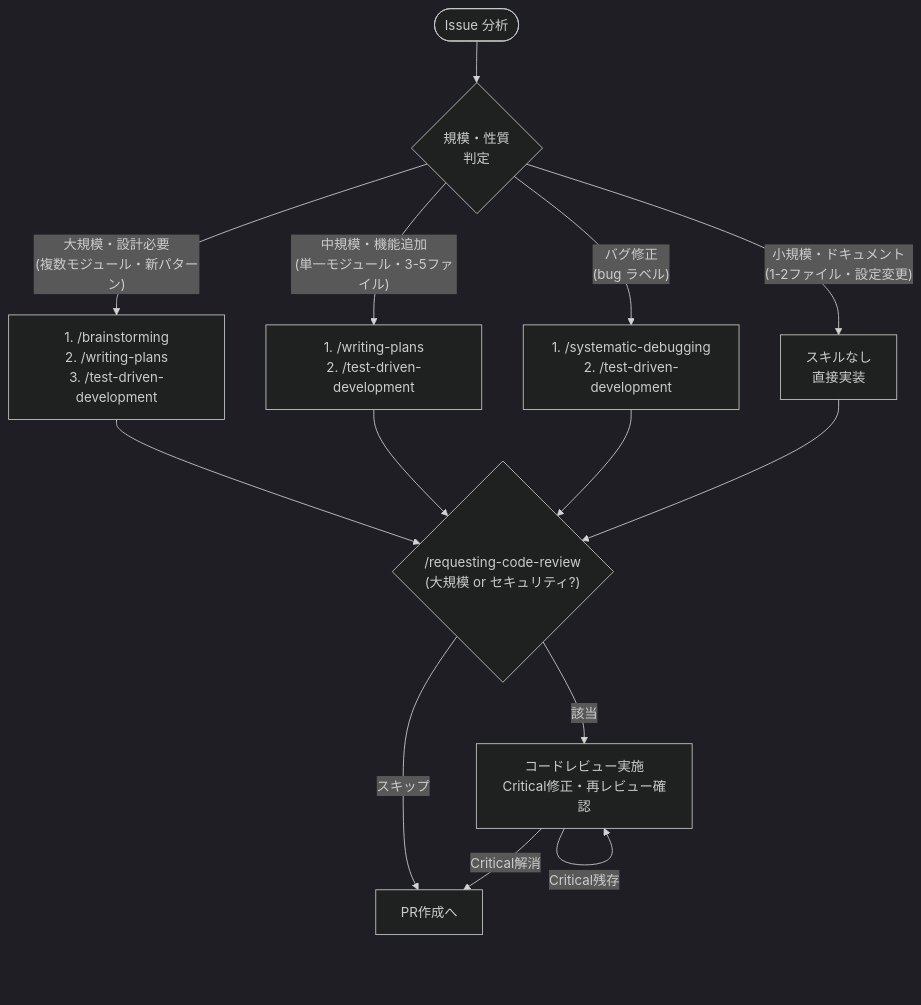
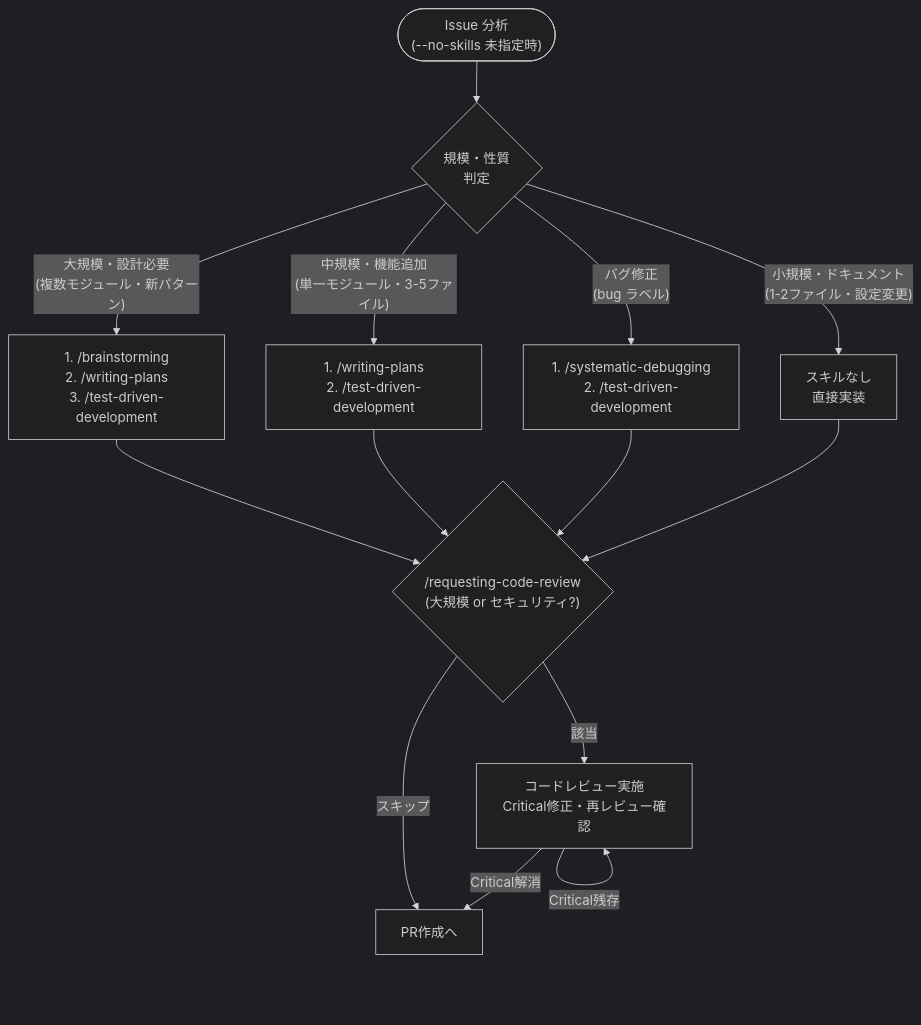
Before and after one commit to KdavisO/claude-project-template: the seventh of 9 diagrams in docs/command-orchestration.md, drawn with Mermaid (dark theme). The commit also changed other lines of this file, not shown here.

First line of the commit message:
fix: フロー図のスキル呼び出し条件に --no-skills なし を追加

````diff
--- a/docs/command-orchestration.md
+++ b/docs/command-orchestration.md
@@ -209,17 +211,17 @@
 ```mermaid
 flowchart TD
-    Issue(["Issue 分析"]) --> Judge{"規模・性質\n判定"}
+    Issue(["Issue 分析\n(--no-skills 未指定時)"]) --> Judge{"規模・性質\n判定"}
     Judge -->|"大規模・設計必要\n(複数モジュール・新パターン)"| Large["1. /brainstorming\n2. /writing-plans\n3. /test-driven-development"]
     Judge -->|"中規模・機能追加\n(単一モジュール・3-5ファイル)"| Medium["1. /writing-plans\n2. /test-driven-development"]
     Judge -->|"バグ修正\n(bug ラベル)"| BugFix["1. /systematic-debugging\n2. /test-driven-development"]
     Judge -->|"小規模・ドキュメント\n(1-2ファイル・設定変更)"| Small["スキルなし\n直接実装"]
 
     Large --> Review{"/requesting-code-review\n(大規模 or セキュリティ?)"}
     Medium --> Review
     BugFix --> Review
     Small --> Review
     Review -->|"該当"| RCR["コードレビュー実施\nCritical修正・再レビュー確認"]
     Review -->|"スキップ"| PR["PR作成へ"]
     RCR -->|"Critical解消"| PR
     RCR -->|"Critical残存"| RCR
 ```
````
